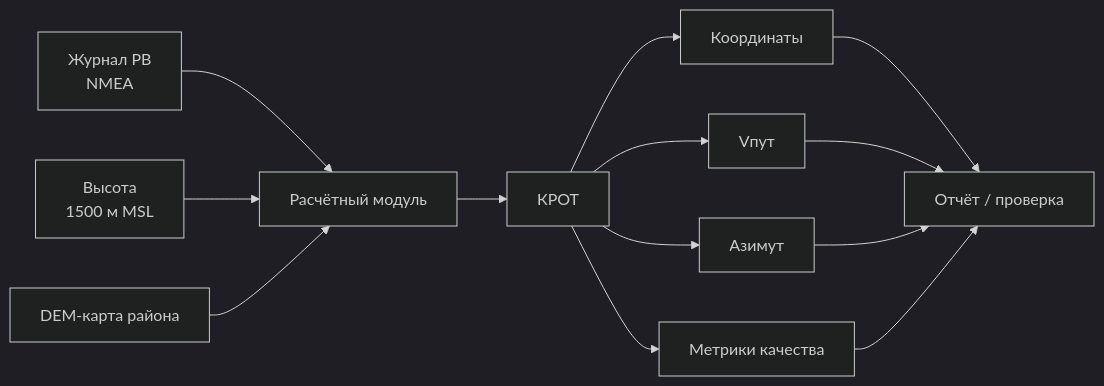
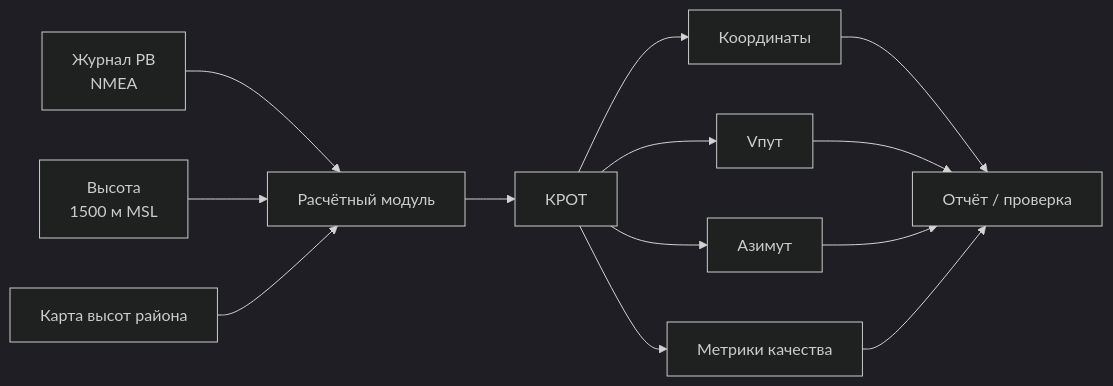
Before and after one commit to rub1kub/where-are-we-barista: the third of 3 diagrams in README.md, drawn with Mermaid (dark theme). The commit also changed other lines of this file and 8 other files, not shown here.

````diff
--- a/README.md
+++ b/README.md
@@ -194,15 +211,15 @@
 ```mermaid
 flowchart LR
     A["Журнал РВ<br/>NMEA"] --> B["Расчётный модуль"]
     C["Высота<br/>1500 м MSL"] --> B
-    D["DEM-карта района"] --> B
+    D["Карта высот района"] --> B
     B --> E["КРОТ"]
     E --> F["Координаты"]
     E --> G["Vпут"]
     E --> H["Азимут"]
     E --> I["Метрики качества"]
     F --> J["Отчёт / проверка"]
     G --> J
     H --> J
     I --> J
 ```
````
